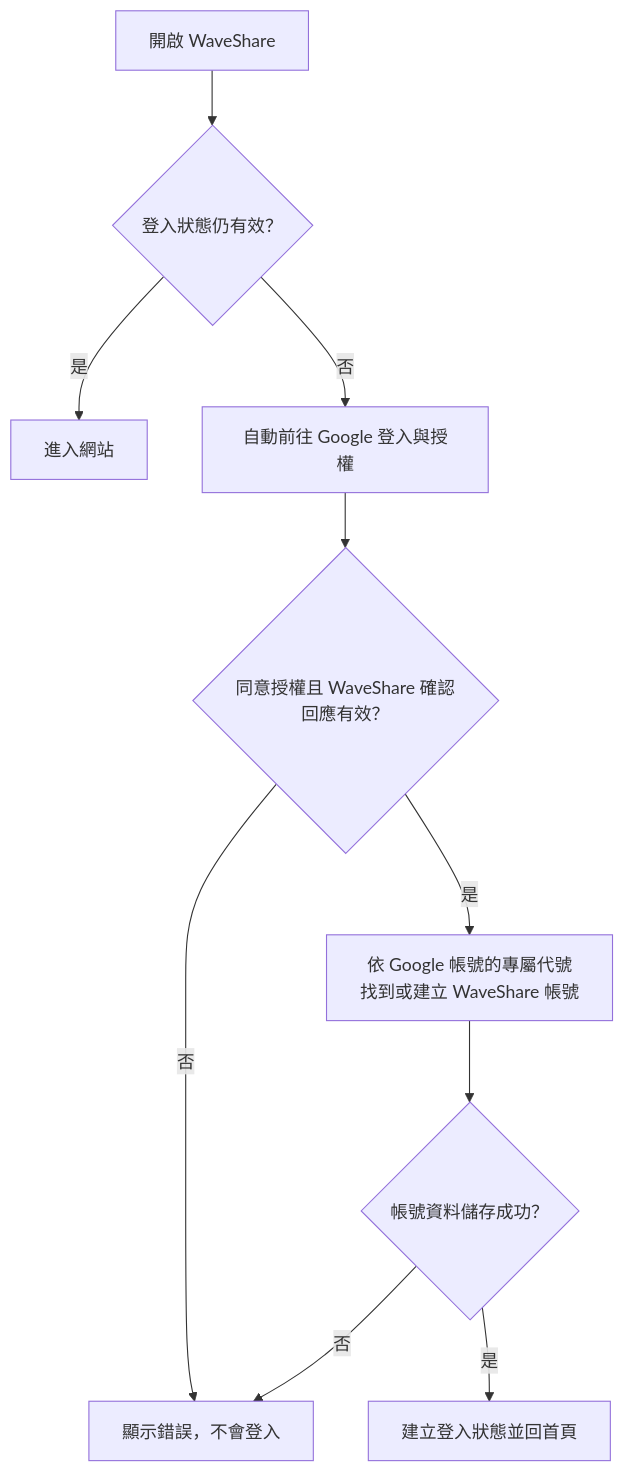
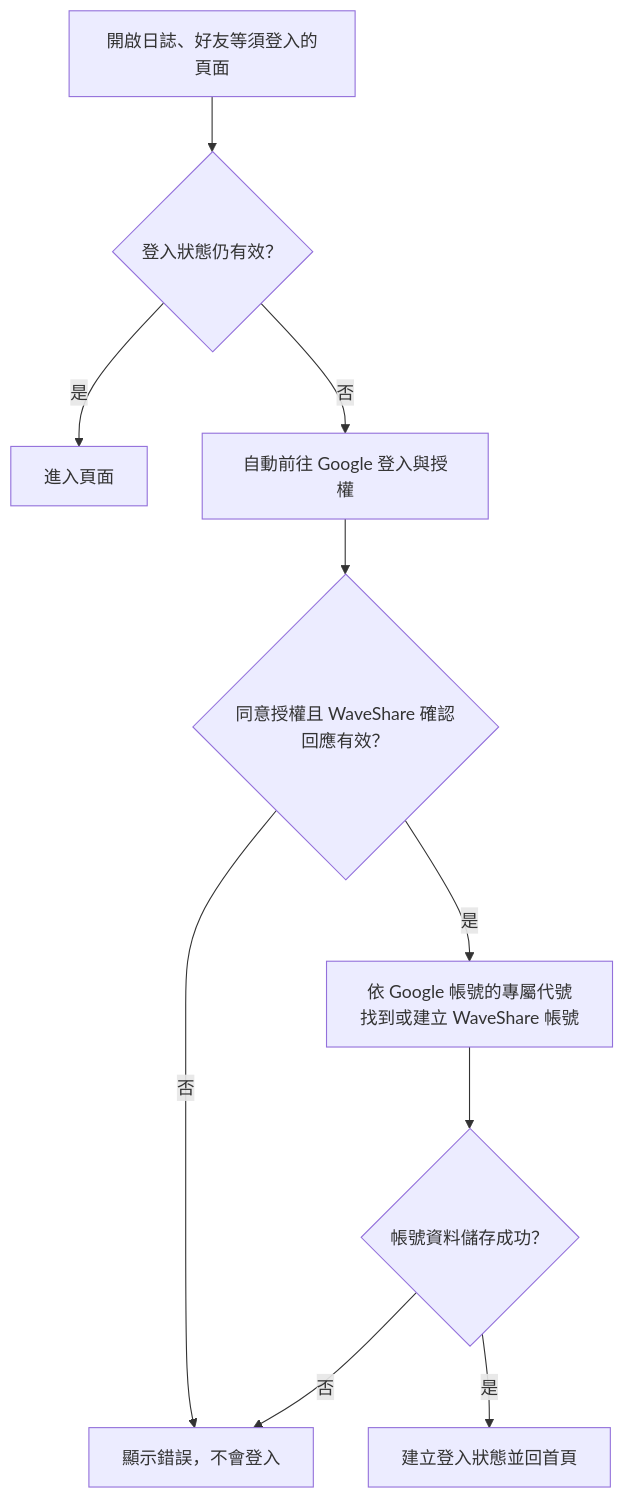
One commit to ChristingChang/waveshare changed the first of 5 diagrams in docs/flows.md. Above: the diagram before and after it, drawn with Mermaid. The commit also changed other lines of this file and 5 other files, not shown here.

````diff
--- a/docs/flows.md
+++ b/docs/flows.md
@@ -21,12 +9,12 @@
 ```mermaid
 flowchart TD
-    A["開啟 WaveShare"] --> B{"登入狀態仍有效？"}
-    B -->|是| C["進入網站"]
+    A["開啟日誌、好友等須登入的頁面"] --> B{"登入狀態仍有效？"}
+    B -->|是| C["進入頁面"]
     B -->|否| D["自動前往 Google 登入與授權"]
     D --> E{"同意授權且 WaveShare 確認回應有效？"}
     E -->|否| F["顯示錯誤，不會登入"]
     E -->|是| G["依 Google 帳號的專屬代號找到或建立 WaveShare 帳號"]
     G --> H{"帳號資料儲存成功？"}
     H -->|否| F
     H -->|是| I["建立登入狀態並回首頁"]
 ```
````
